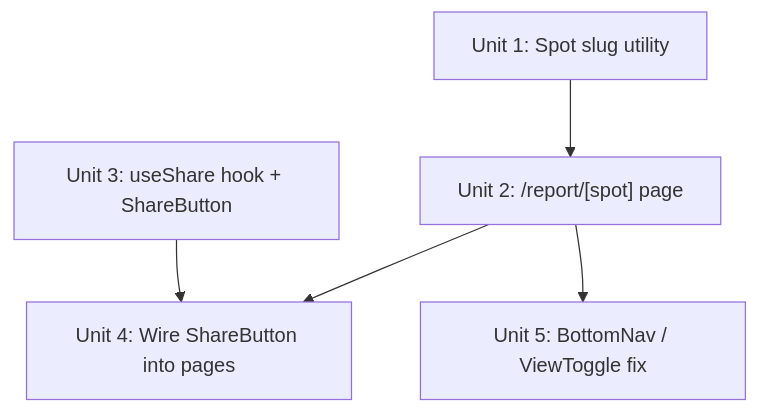
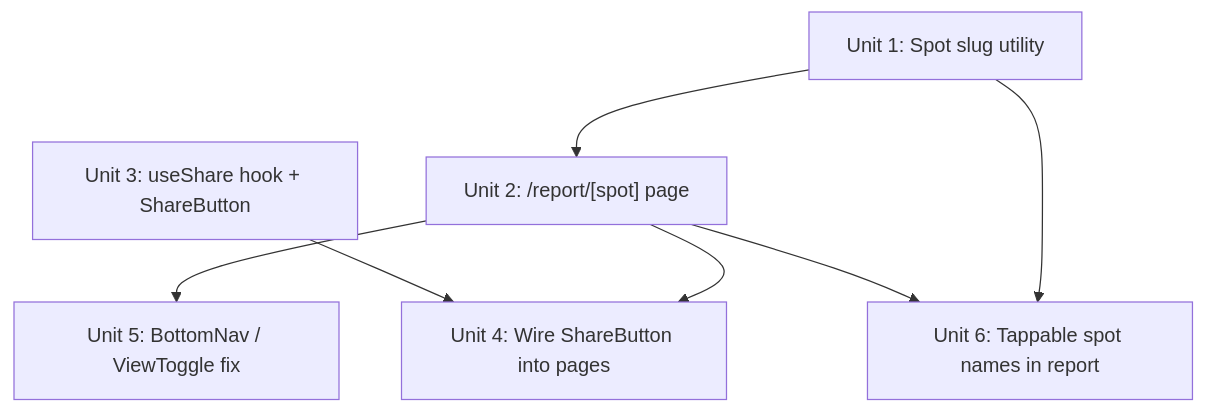
The diagram in docs/plans/2026-04-04-001-feat-spot-report-deeplink-share-plan.md (radjay/waterman), drawn with Mermaid before and after one commit. The commit also changed other lines of this file, not shown here.

First line of the commit message:
Add tappable spot names for sport+spot filtered view (R8, Unit 6)

````diff
--- a/docs/plans/2026-04-04-001-feat-spot-report-deeplink-share-plan.md
+++ b/docs/plans/2026-04-04-001-feat-spot-report-deeplink-share-plan.md
@@ -158,13 +159,16 @@
 ```mermaid
 graph TB
   U1[Unit 1: Spot slug utility]
   U2["Unit 2: /report/[spot] page"]
   U3[Unit 3: useShare hook + ShareButton]
   U4[Unit 4: Wire ShareButton into pages]
   U5[Unit 5: BottomNav / ViewToggle fix]
+  U6[Unit 6: Tappable spot names in report]
 
   U1 --> U2
+  U1 --> U6
   U2 --> U4
   U3 --> U4
   U2 --> U5
+  U2 --> U6
 ```
````
